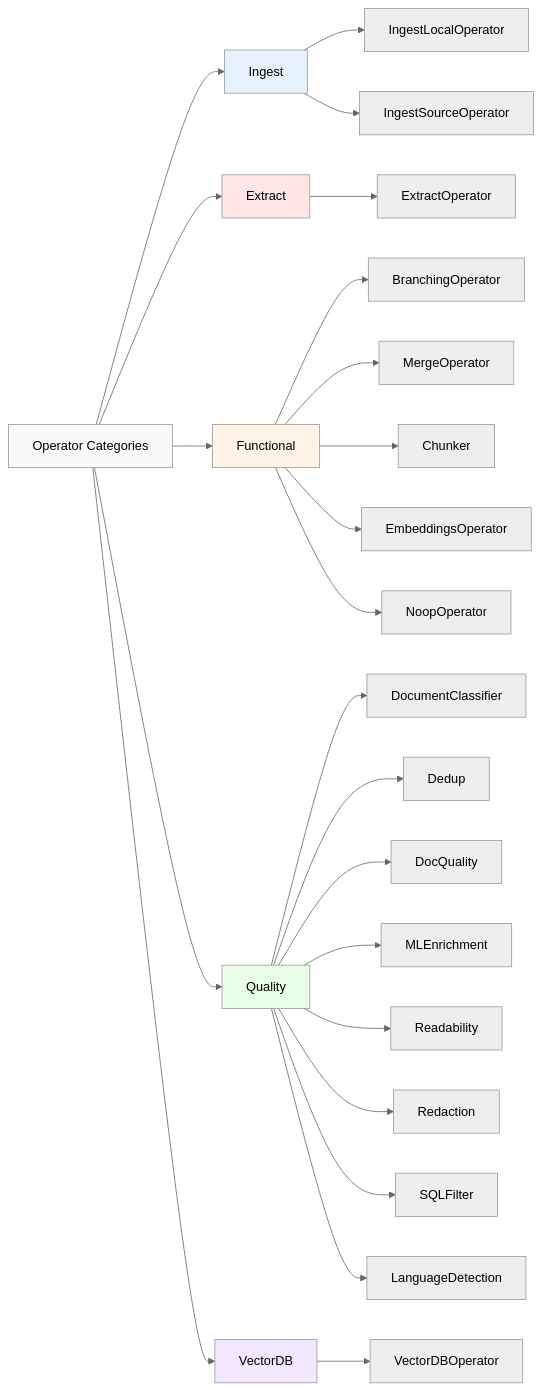
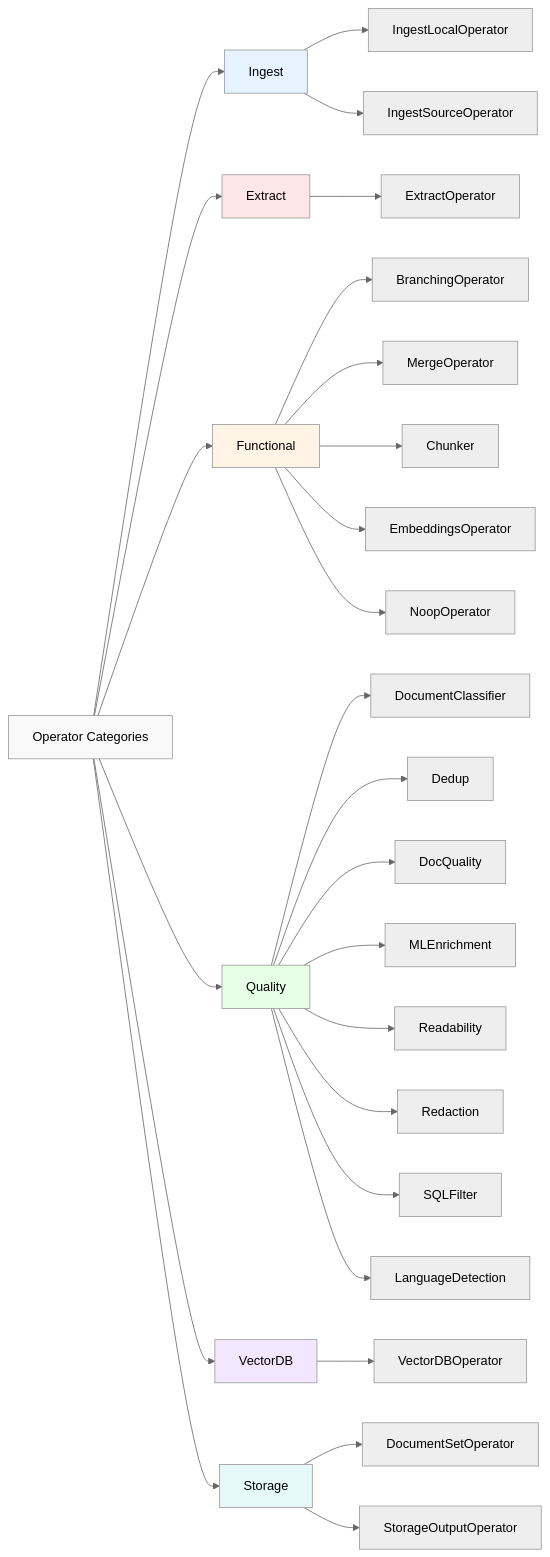
The second of 31 diagrams in ARCHITECTURE.md (anupvarma007-ui/datasift-opensource), drawn with Mermaid (neutral theme) before and after one commit. The commit also changed other lines of this file and 37 other files, not shown here.

First line of the commit message:
Implement Filesystem StorageOutputOperator (#692)

````diff
--- a/ARCHITECTURE.md
+++ b/ARCHITECTURE.md
@@ -294,38 +298,43 @@
 ```mermaid
 graph LR
     OP[Operator Categories]
     OP --> ING[Ingest]
     OP --> EXT[Extract]
     OP --> FUN[Functional]
     OP --> QUA[Quality]
     OP --> VDB[VectorDB]
+    OP --> STO[Storage]
 
     ING --> I1[IngestLocalOperator]
     ING --> I2[IngestSourceOperator]
 
     EXT --> E1[ExtractOperator]
 
     FUN --> F1[BranchingOperator]
     FUN --> F2[MergeOperator]
     FUN --> F3[Chunker]
     FUN --> F4[EmbeddingsOperator]
     FUN --> F5[NoopOperator]
 
     QUA --> Q1[DocumentClassifier]
     QUA --> Q2[Dedup]
     QUA --> Q3[DocQuality]
     QUA --> Q4[MLEnrichment]
     QUA --> Q5[Readability]
     QUA --> Q6[Redaction]
     QUA --> Q7[SQLFilter]
     QUA --> Q8[LanguageDetection]
 
     VDB --> V1[VectorDBOperator]
 
+    STO --> S1[DocumentSetOperator]
+    STO --> S2[StorageOutputOperator]
+
     style OP fill:#f9f9f9
     style EXT fill:#ffe6e6
     style ING fill:#e6f3ff
     style FUN fill:#fff4e6
     style QUA fill:#e6ffe6
     style VDB fill:#f3e6ff
+    style STO fill:#e6f9f9
 ```
````
